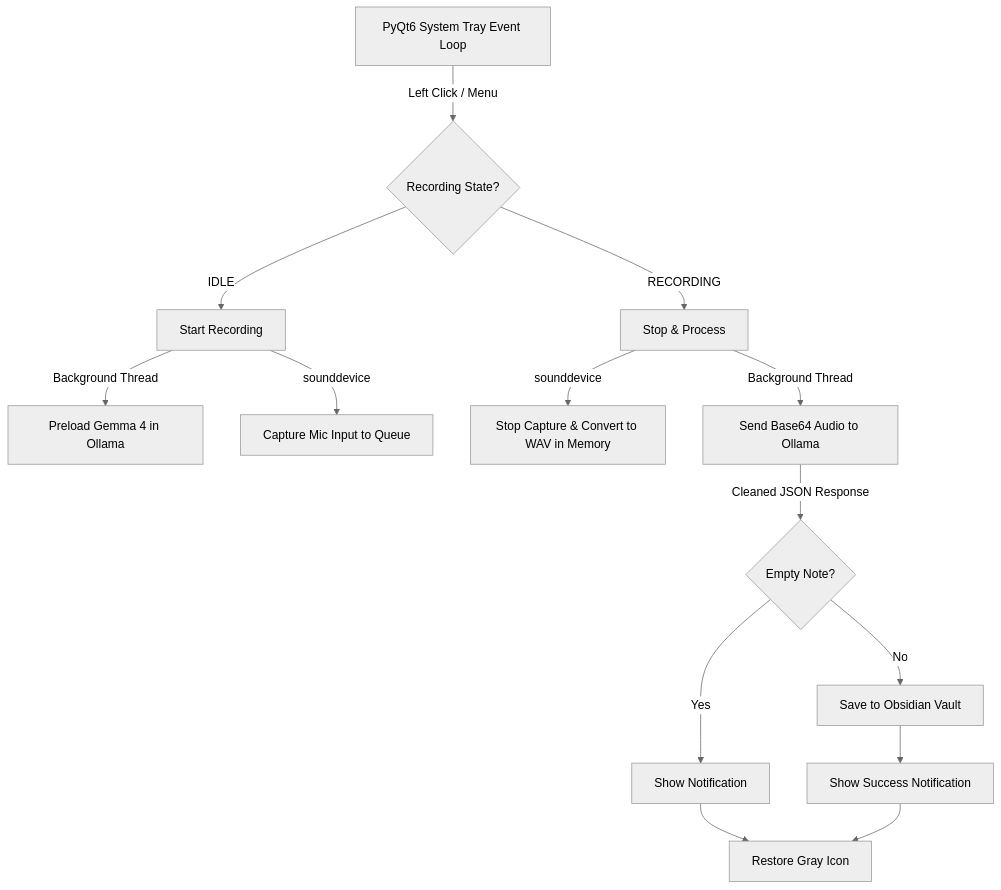
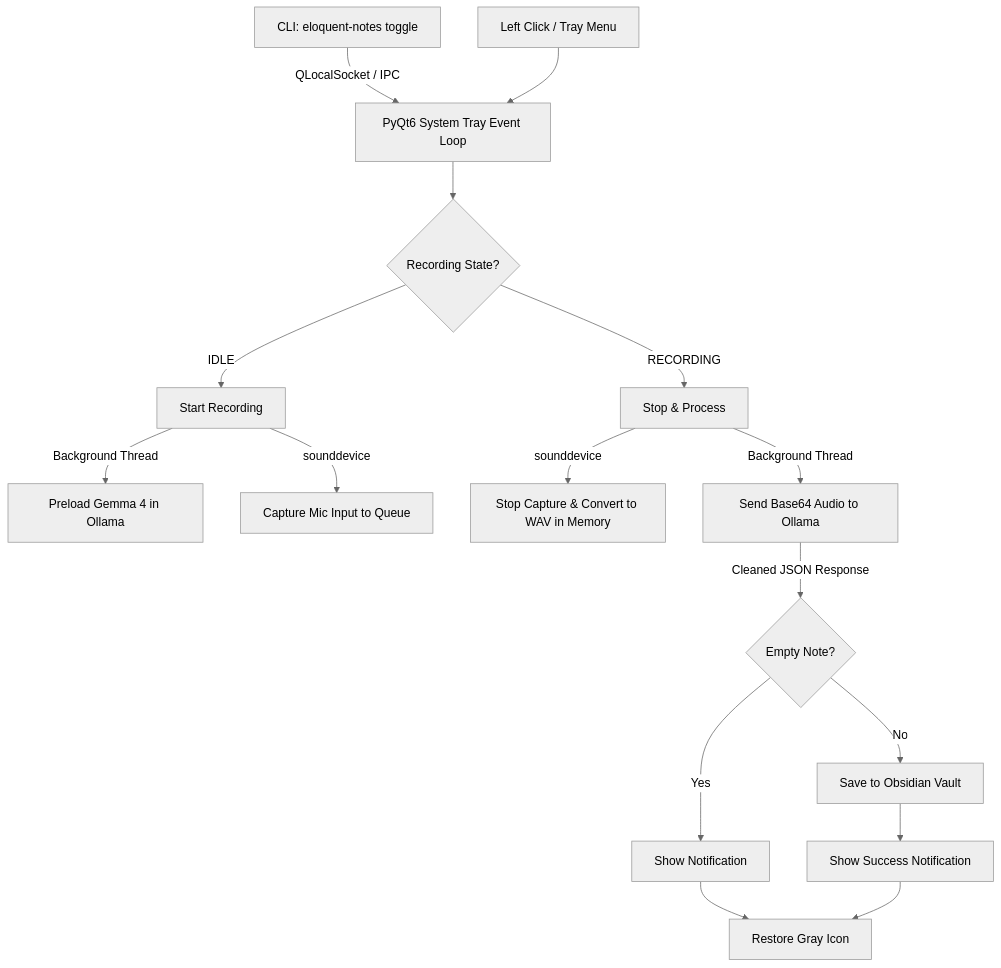
The diagram in README.md (arrase/eloquent-notes), drawn with Mermaid (neutral theme) before and after one commit. The commit also changed other lines of this file, not shown here.

Commit message:
docs: document CLI and daemon decoupling architecture and IPC communication flow

````diff
--- a/README.md
+++ b/README.md
@@ -86,20 +87,22 @@
 ```mermaid
 graph TD
-    A[PyQt6 System Tray Event Loop] -->|Left Click / Menu| B{Recording State?}
+    CLI[CLI: eloquent-notes toggle] -->|QLocalSocket / IPC| A[PyQt6 System Tray Event Loop]
+    Tray[Left Click / Tray Menu] --> A
+    A --> B{Recording State?}
     B -->|IDLE| C[Start Recording]
     B -->|RECORDING| D[Stop & Process]
     
     C -->|Background Thread| E[Preload Gemma 4 in Ollama]
     C -->|sounddevice| F[Capture Mic Input to Queue]
     
     D -->|sounddevice| G[Stop Capture & Convert to WAV in Memory]
     D -->|Background Thread| H[Send Base64 Audio to Ollama]
     
     H -->|Cleaned JSON Response| I{Empty Note?}
     I -->|No| J[Save to Obsidian Vault]
     I -->|Yes| K[Show Notification]
     
     J --> L[Show Success Notification]
     K --> M[Restore Gray Icon]
     L --> M
 ```
````
